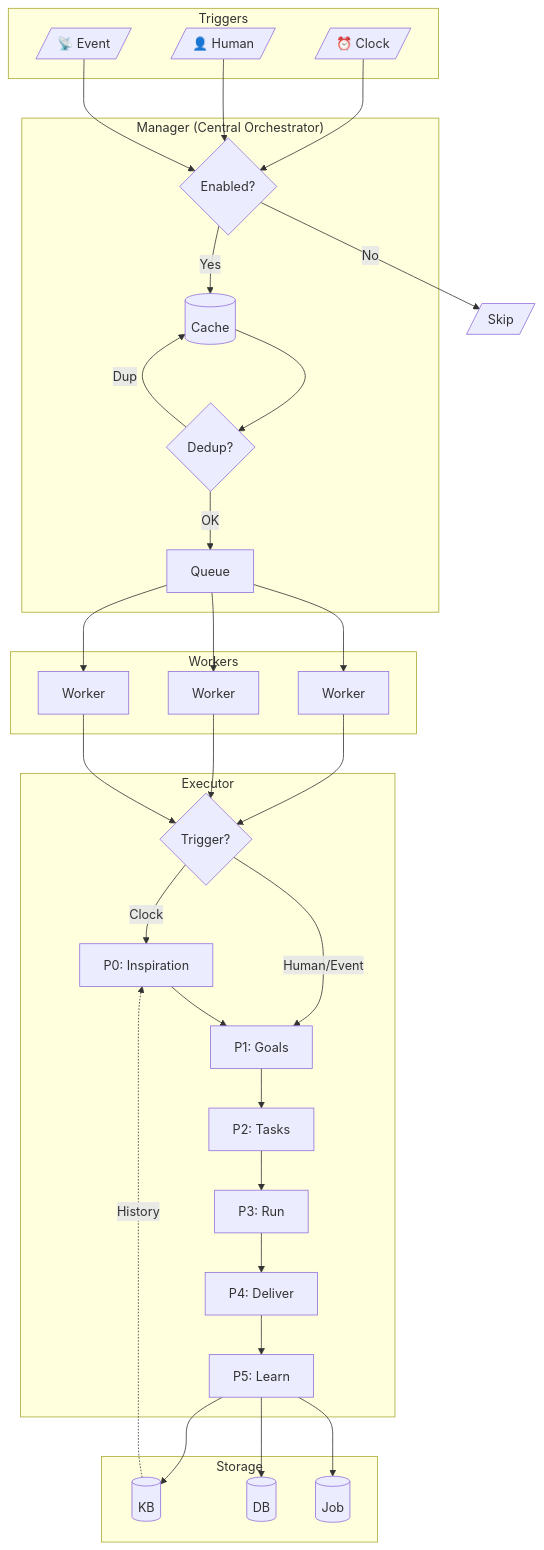
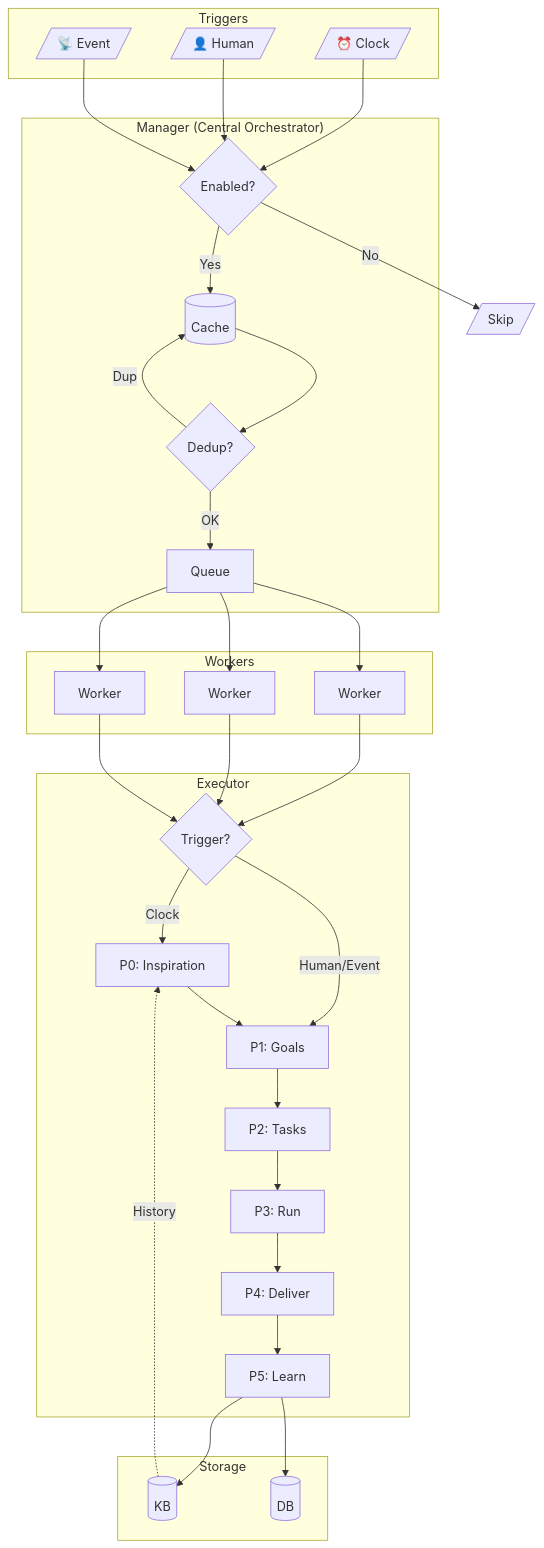
The first of 5 diagrams in agent/robot/DESIGN.md (YaoApp/yao), drawn with Mermaid before and after one commit. The commit also changed other lines of this file and 24 other files, not shown here.

````diff
--- a/agent/robot/DESIGN.md
+++ b/agent/robot/DESIGN.md
@@ -29,52 +29,51 @@
 ```mermaid
 flowchart TB
     subgraph Triggers["Triggers"]
         WC[/"⏰ Clock"/]
         HI[/"👤 Human"/]
         EV[/"📡 Event"/]
     end
 
     subgraph Manager["Manager (Central Orchestrator)"]
         TC{"Enabled?"}
         Cache[("Cache")]
         Dedup{"Dedup?"}
         Queue["Queue"]
     end
 
     subgraph Pool["Workers"]
         W1["Worker"]
         W2["Worker"]
         W3["Worker"]
     end
 
     subgraph Executor["Executor"]
         TT{"Trigger?"}
         P0["P0: Inspiration"]
         P1["P1: Goals"]
         P2["P2: Tasks"]
         P3["P3: Run"]
         P4["P4: Deliver"]
         P5["P5: Learn"]
     end
 
     subgraph Storage["Storage"]
         KB[("KB")]
         DB[("DB")]
-        Job[("Job")]
     end
 
     WC --> TC
     HI & EV --> TC
     TC -->|Yes| Cache
     TC -->|No| X[/Skip/]
     Cache --> Dedup
     Dedup -->|OK| Queue
     Dedup -->|Dup| Cache
     Queue --> W1 & W2 & W3
     W1 & W2 & W3 --> TT
     TT -->|Clock| P0
     TT -->|Human/Event| P1
     P0 --> P1 --> P2 --> P3 --> P4 --> P5
-    P5 --> KB & DB & Job
+    P5 --> KB & DB
     KB -.->|History| P0
 ```
````
